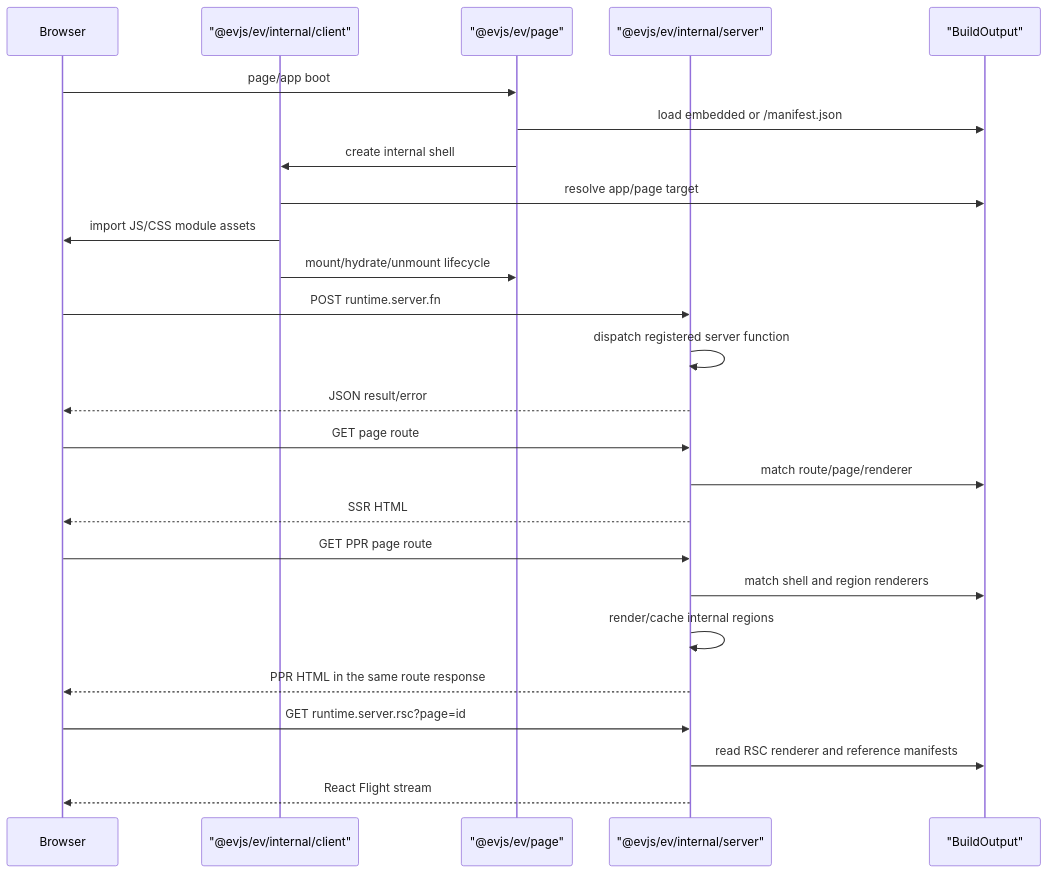
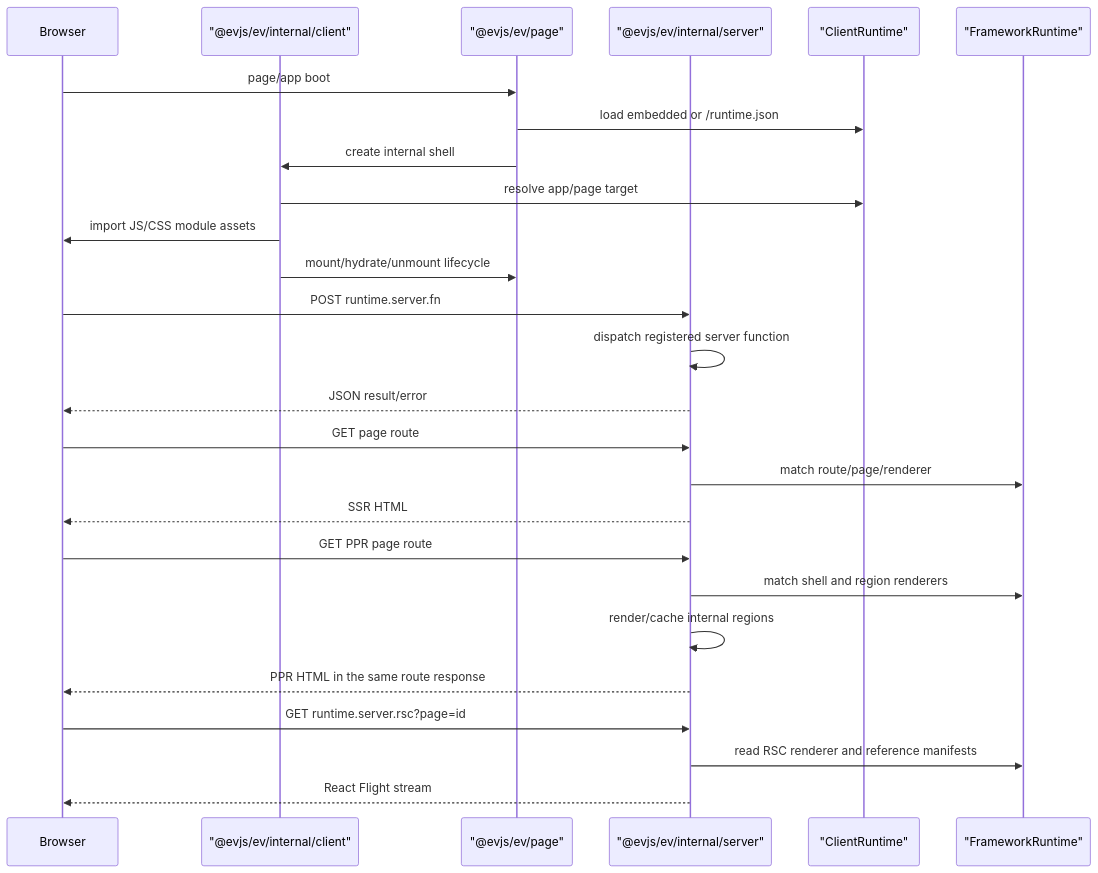
Before and after one commit to binhanchen25-arch/evjs: the second of 3 diagrams in docs/docs/architecture.md, drawn with Mermaid. The commit also changed other lines of this file and 49 other files, not shown here.

````diff
--- a/docs/docs/architecture.md
+++ b/docs/docs/architecture.md
@@ -180,32 +188,33 @@
 ```mermaid
 sequenceDiagram
   participant Browser
   participant Shell as "@evjs/ev/internal/client"
   participant Runtime as "@evjs/ev/page"
   participant Server as "@evjs/ev/internal/server"
-  participant Manifest as "BuildOutput"
+  participant ClientRuntime as "ClientRuntime"
+  participant FrameworkRuntime as "FrameworkRuntime"
 
   Browser->>Runtime: page/app boot
-  Runtime->>Manifest: load embedded or /manifest.json
+  Runtime->>ClientRuntime: load embedded or /runtime.json
   Runtime->>Shell: create internal shell
-  Shell->>Manifest: resolve app/page target
+  Shell->>ClientRuntime: resolve app/page target
   Shell->>Browser: import JS/CSS module assets
   Shell->>Runtime: mount/hydrate/unmount lifecycle
 
   Browser->>Server: POST runtime.server.fn
   Server->>Server: dispatch registered server function
   Server-->>Browser: JSON result/error
 
   Browser->>Server: GET page route
-  Server->>Manifest: match route/page/renderer
+  Server->>FrameworkRuntime: match route/page/renderer
   Server-->>Browser: SSR HTML
 
   Browser->>Server: GET PPR page route
-  Server->>Manifest: match shell and region renderers
+  Server->>FrameworkRuntime: match shell and region renderers
   Server->>Server: render/cache internal regions
   Server-->>Browser: PPR HTML in the same route response
 
   Browser->>Server: GET runtime.server.rsc?page=id
-  Server->>Manifest: read RSC renderer and reference manifests
+  Server->>FrameworkRuntime: read RSC renderer and reference manifests
   Server-->>Browser: React Flight stream
 ```
````
